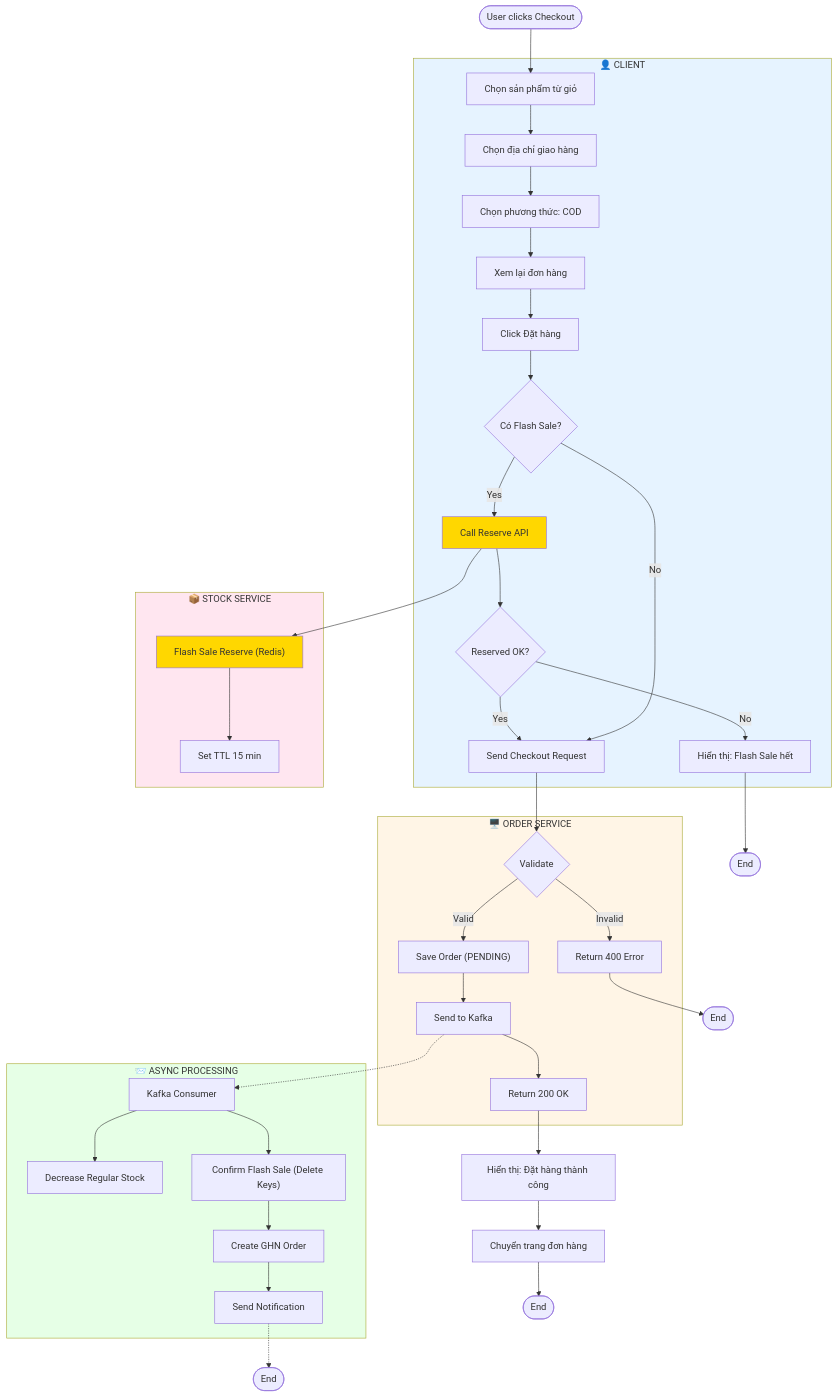
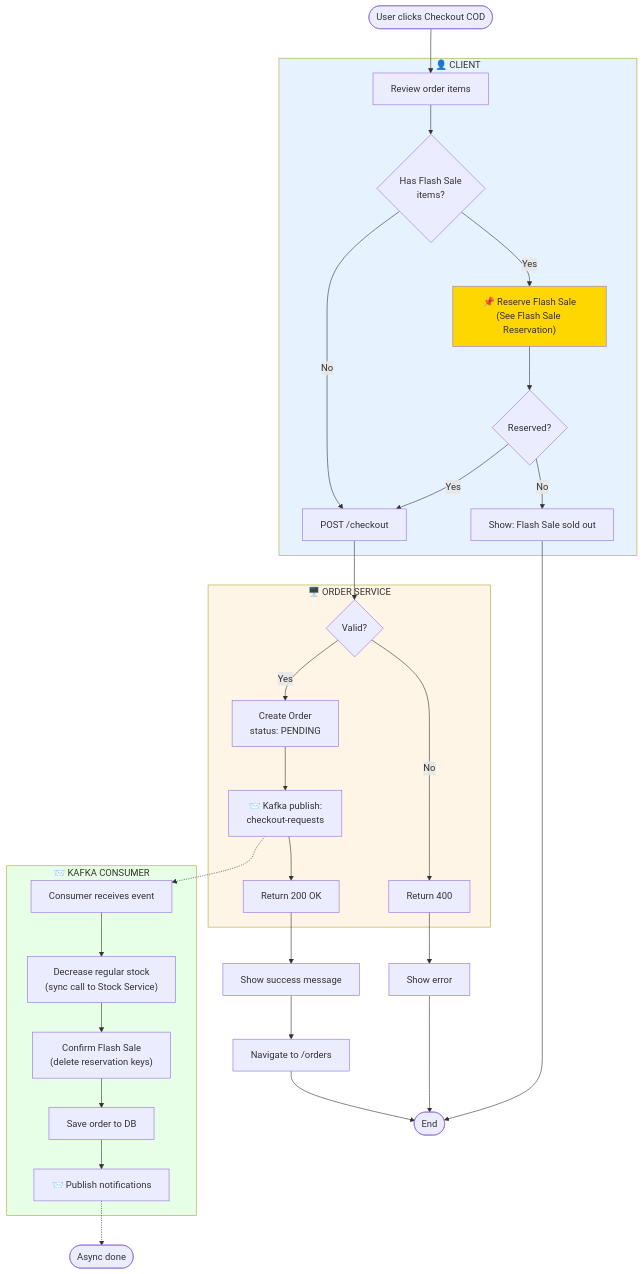
One commit to ThuanNgcodelor/VibeX-E-Commerce changed the second of 5 diagrams in documents/activity/CHECKOUT_ACTIVITY.md. Above: the diagram before and after it, drawn with Mermaid. The commit also changed other lines of this file and 11 other files, not shown here.

````diff
--- a/documents/activity/CHECKOUT_ACTIVITY.md
+++ b/documents/activity/CHECKOUT_ACTIVITY.md
@@ -21,55 +131,43 @@
 ```mermaid
 flowchart TD
-    Start([User clicks Checkout]) --> SelectItems[Chọn sản phẩm từ giỏ]
+    Start([User clicks Checkout COD]) --> SelectItems[Review order items]
     
     subgraph Client["👤 CLIENT"]
-        SelectItems --> SelectAddress[Chọn địa chỉ giao hàng]
-        SelectAddress --> SelectCOD[Chọn phương thức: COD]
-        SelectCOD --> ReviewOrder[Xem lại đơn hàng]
-        ReviewOrder --> ClickOrder[Click Đặt hàng]
-        
-        ClickOrder --> ReserveFS{Có Flash Sale?}
-        ReserveFS -->|Yes| CallReserve[Call Reserve API]
-        CallReserve --> CheckReserve{Reserved OK?}
-        CheckReserve -->|No| ShowFSError[Hiển thị: Flash Sale hết]
-        CheckReserve -->|Yes| SendCheckout
-        ReserveFS -->|No| SendCheckout[Send Checkout Request]
+        SelectItems --> FSCheck{Has Flash Sale<br/>items?}
+        FSCheck -->|Yes| FSReserve["📌 Reserve Flash Sale<br/>(See Flash Sale Reservation)"]
+        FSReserve --> FSResult{Reserved?}
+        FSResult -->|No| ShowFSError[Show: Flash Sale sold out]
+        FSResult -->|Yes| SendCheckout
+        FSCheck -->|No| SendCheckout[POST /checkout]
     end
     
     subgraph OrderService["🖥️ ORDER SERVICE"]
-        SendCheckout --> ValidateOrder{Validate}
-        ValidateOrder -->|Invalid| ReturnError[Return 400 Error]
-        ValidateOrder -->|Valid| SavePending["Save Order (PENDING)"]
-        
-        SavePending --> SendKafka[Send to Kafka]
-        SendKafka --> ReturnOK["Return 200 OK"]
+        SendCheckout --> Validate{Valid?}
+        Validate -->|No| Return400[Return 400]
+        Validate -->|Yes| SavePending["Create Order<br/>status: PENDING"]
+        SavePending --> PublishKafka["📨 Kafka publish:<br/>checkout-requests"]
+        PublishKafka --> Return200[Return 200 OK]
     end
     
-    subgraph StockService["📦 STOCK SERVICE"]
-        CallReserve --> FSReserve["Flash Sale Reserve (Redis)"]
-        FSReserve --> SetTTL["Set TTL 15 min"]
-    end
-
-    subgraph KafkaConsumer["📨 ASYNC PROCESSING"]
-        SendKafka -.-> Consumer[Kafka Consumer]
-        Consumer --> AsyncDecr["Decrease Regular Stock"]
-        Consumer --> ConfirmFS["Confirm Flash Sale (Delete Keys)"]
-        ConfirmFS --> CreateGHN[Create GHN Order]
-        CreateGHN --> Notify[Send Notification]
+    subgraph KafkaConsumer["📨 KAFKA CONSUMER"]
+        PublishKafka -.-> ConsumeEvent[Consumer receives event]
+        ConsumeEvent --> DecrStock["Decrease regular stock<br/>(sync call to Stock Service)"]
+        DecrStock --> ConfirmFS["Confirm Flash Sale<br/>(delete reservation keys)"]
+        ConfirmFS --> SaveOrder[Save order to DB]
+        SaveOrder --> SendNotif["📨 Publish notifications"]
     end
     
-    ReturnOK --> ShowSuccess[Hiển thị: Đặt hàng thành công]
-    ShowSuccess --> NavigateOrders[Chuyển trang đơn hàng]
+    Return200 --> ShowSuccess[Show success message]
+    ShowSuccess --> Navigate[Navigate to /orders]
     
-    ReturnError --> EndErr([End])
-    ShowFSError --> EndStock([End])
-    NavigateOrders --> EndOK([End])
-    Notify -.-> EndAsync([End])
+    Return400 --> ShowError[Show error]
+    ShowFSError --> End([End])
+    ShowError --> End
+    Navigate --> End
+    SendNotif -.-> EndAsync([Async done])
     
     style Client fill:#e6f3ff
     style OrderService fill:#fff5e6
     style KafkaConsumer fill:#e6ffe6
-    style StockService fill:#ffe6f0
     style FSReserve fill:#FFD700
-    style CallReserve fill:#FFD700
 ```
````
